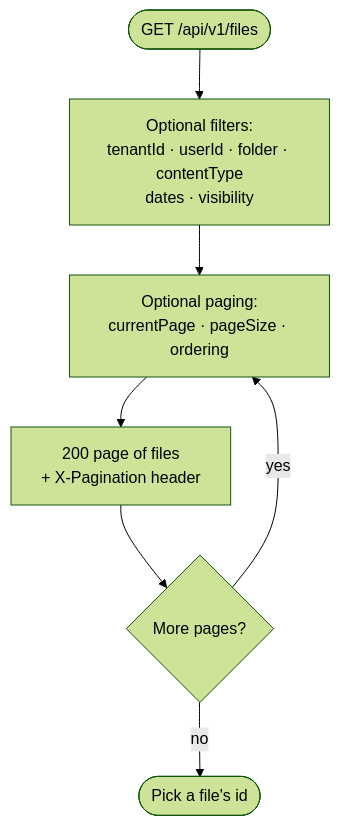
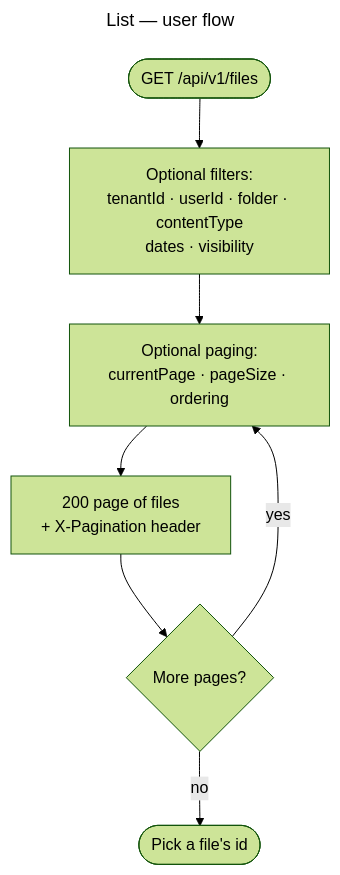
Before and after one commit to gmetskhvarishvili/GM.FileStorage.Samples: the fourth of 11 diagrams in docs/user-flows.md, drawn with Mermaid (forest theme). The commit also changed other lines of this file and 7 other files, not shown here.

First line of the commit message:
docs: name every diagram "subject — kind" and index them

````diff
--- a/docs/user-flows.md
+++ b/docs/user-flows.md
@@ -72,9 +84,12 @@
 ```mermaid
+---
+title: List — user flow
+---
 flowchart TD
     start([GET /api/v1/files]) --> filters[Optional filters:<br/>tenantId · userId · folder · contentType<br/>dates · visibility]
     filters --> paging[Optional paging:<br/>currentPage · pageSize · ordering]
     paging --> res[200 page of files<br/>+ X-Pagination header]
     res --> more{More pages?}
     more -- yes --> paging
     more -- no --> done([Pick a file's id])
 ```
````
